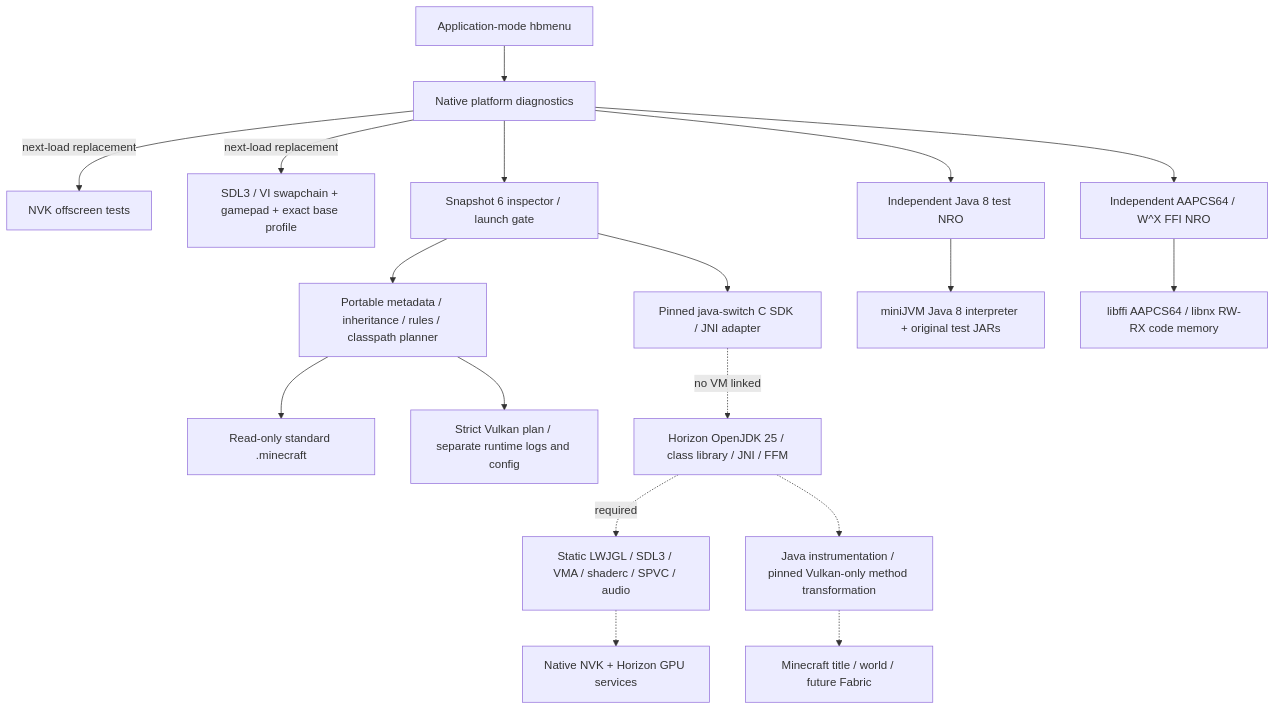
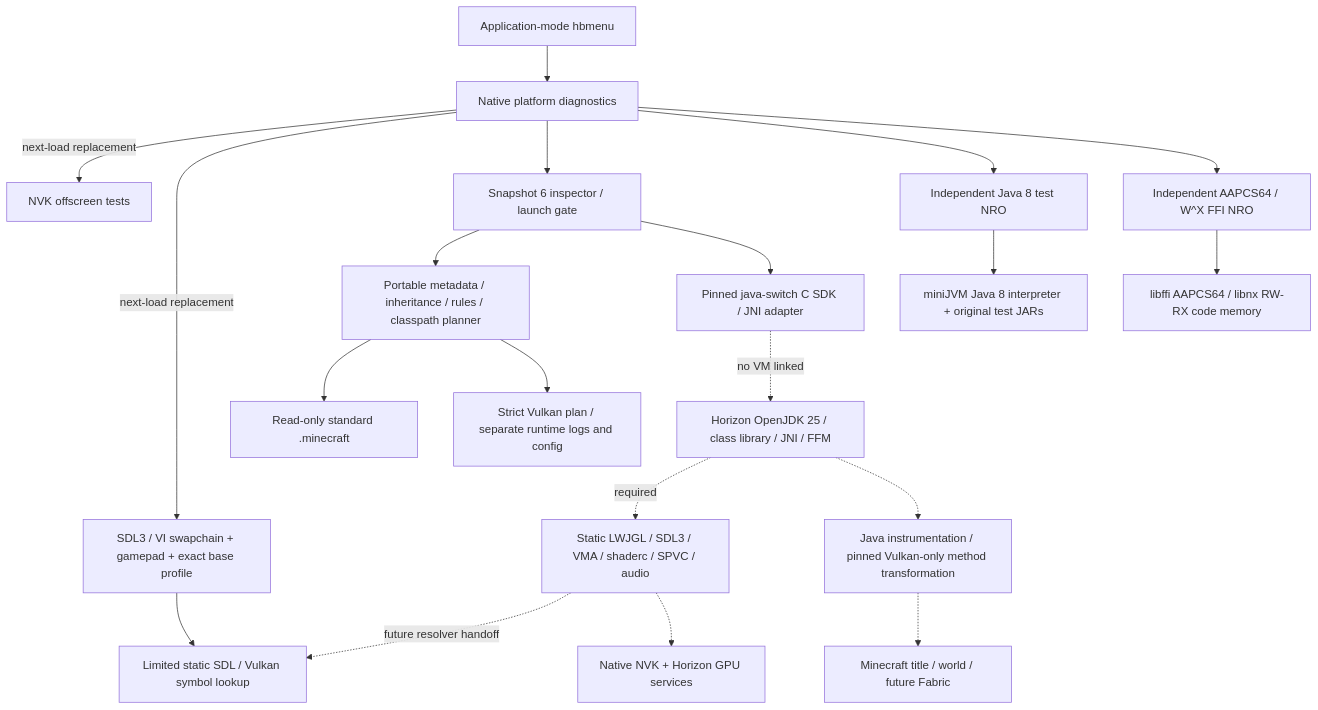
The first of 3 diagrams in docs/ARCHITECTURE.md (a1c7e0/switchcraft), drawn with Mermaid before and after one commit. The commit also changed 8 other files, not shown here.

````diff
--- a/docs/ARCHITECTURE.md
+++ b/docs/ARCHITECTURE.md
@@ -7,20 +7,22 @@
 ```mermaid
 flowchart TD
   HB[Application-mode hbmenu] --> D[Native platform diagnostics]
   D -->|next-load replacement| V[NVK offscreen tests]
   D -->|next-load replacement| W[SDL3 / VI swapchain + gamepad + exact base profile]
   D --> L[Snapshot 6 inspector / launch gate]
   D --> J[Independent Java 8 test NRO]
   D --> F[Independent AAPCS64 / W^X FFI NRO]
   L --> M[Portable metadata / inheritance / rules / classpath planner]
   M --> INSTALL[Read-only standard .minecraft]
   M --> PLAN[Strict Vulkan plan / separate runtime logs and config]
   L --> SDK[Pinned java-switch C SDK / JNI adapter]
   SDK -. no VM linked .-> JVM[Horizon OpenJDK 25 / class library / JNI / FFM]
   JVM -. required .-> LW[Static LWJGL / SDL3 / VMA / shaderc / SPVC / audio]
+  W --> LOOKUP[Limited static SDL / Vulkan symbol lookup]
+  LW -. future resolver handoff .-> LOOKUP
   LW -.-> NVK[Native NVK + Horizon GPU services]
   JVM -.-> BRIDGE[Java instrumentation / pinned Vulkan-only method transformation]
   BRIDGE -.-> MC[Minecraft title / world / future Fabric]
   J --> MINI[miniJVM Java 8 interpreter + original test JARs]
   F --> FFI[libffi AAPCS64 / libnx RW-RX code memory]
 ```
````
